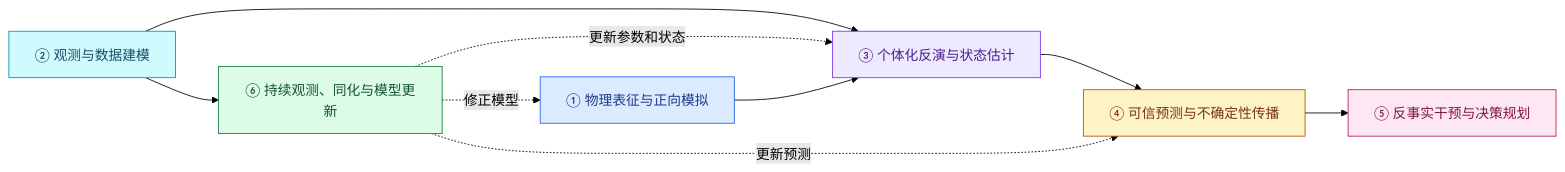
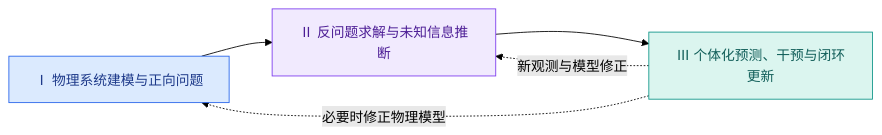
Before and after one commit to TianminWang/physics-ai-methods-atlas: the diagram in README.md, drawn with Mermaid (forest theme). The commit also changed other lines of this file and 13 other files, not shown here.

````diff
--- a/README.md
+++ b/README.md
@@ -11,17 +11,10 @@
 ```mermaid
 flowchart LR
-  A["① 物理表征与正向模拟"] --> C["③ 个体化反演与状态估计"]
-  B["② 观测与数据建模"] --> C
-  C --> D["④ 可信预测与不确定性传播"]
-  D --> E["⑤ 反事实干预与决策规划"]
-  B --> F["⑥ 持续观测、同化与模型更新"]
-  F -. "更新参数和状态" .-> C
-  F -. "修正模型" .-> A
-  F -. "更新预测" .-> D
-  style A fill:#DBEAFE,stroke:#2563EB,color:#1E3A8A
-  style B fill:#CFFAFE,stroke:#0891B2,color:#164E63
-  style C fill:#EDE9FE,stroke:#7C3AED,color:#4C1D95
-  style D fill:#FEF3C7,stroke:#B45309,color:#78350F
-  style E fill:#FCE7F3,stroke:#BE185D,color:#831843
-  style F fill:#DCFCE7,stroke:#15803D,color:#14532D
+    A["Ⅰ 物理系统建模与正向问题"] --> B["Ⅱ 反问题求解与未知信息推断"]
+    B --> C["Ⅲ 个体化预测、干预与闭环更新"]
+    C -. 新观测与模型修正 .-> B
+    C -. 必要时修正物理模型 .-> A
+    style A fill:#DBEAFE,stroke:#2563EB,color:#1E3A8A
+    style B fill:#F1EAFE,stroke:#7C3AED,color:#4C1D95
+    style C fill:#DBF5EF,stroke:#0D9488,color:#115E59
 ```
````
